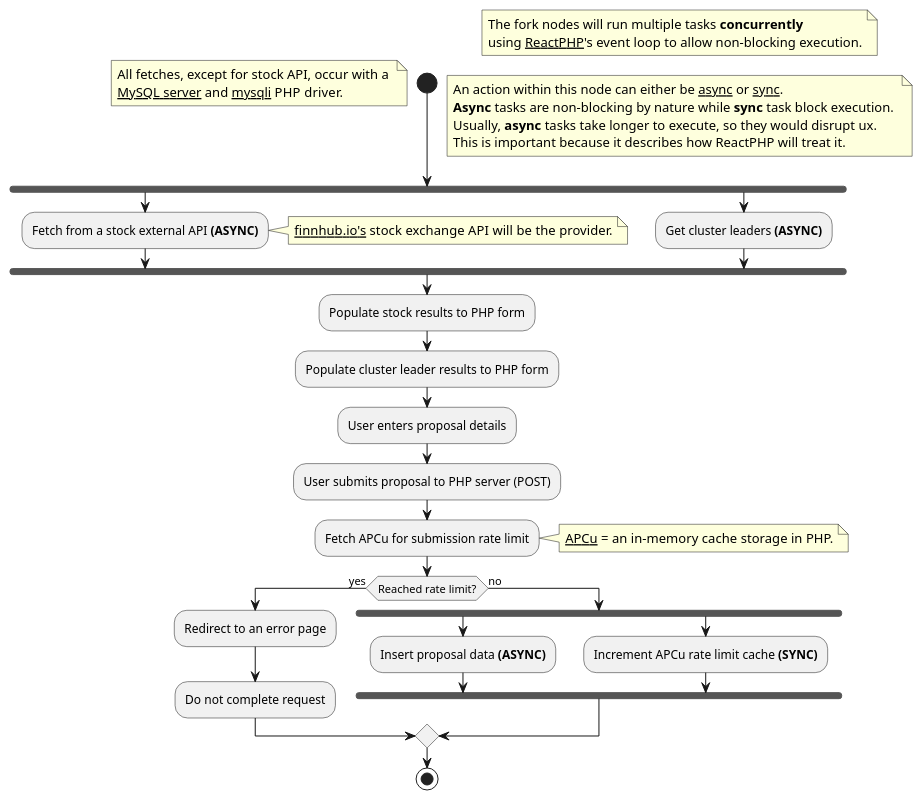
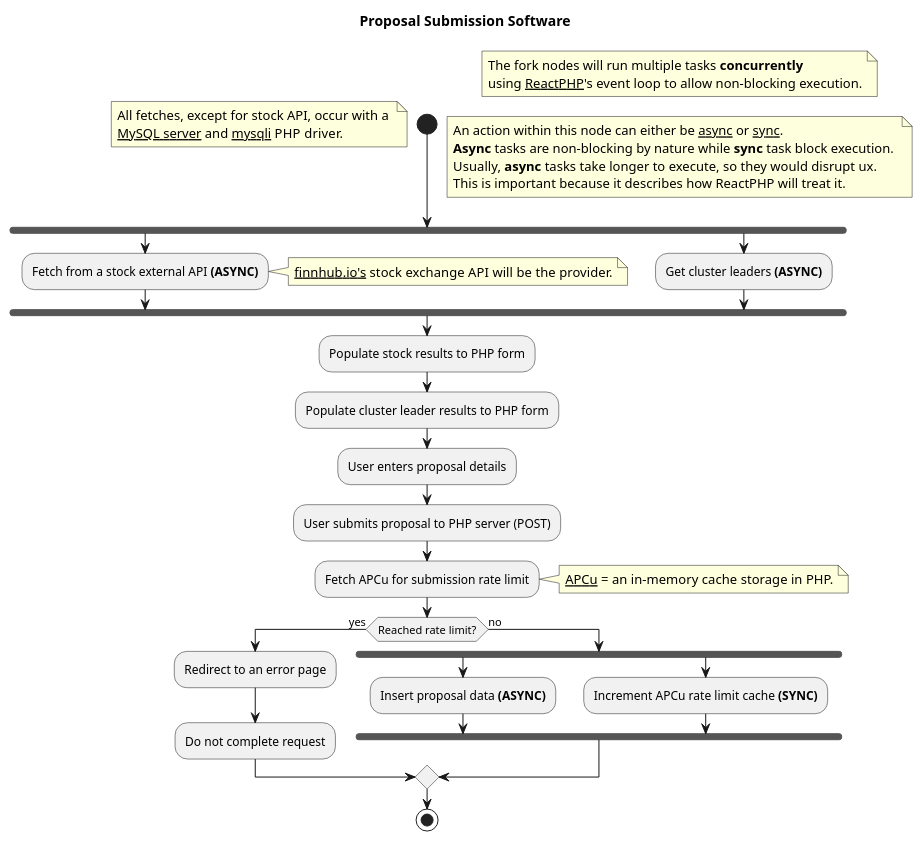
Before and after one commit to mystocks-africa/bycig-mkt: the diagram in software-design/Architecture.md, drawn with PlantUML. The commit also changed other lines of this file, not shown here.

Commit message:
add title

````diff
--- a/software-design/Architecture.md
+++ b/software-design/Architecture.md
@@ -11,53 +11,55 @@
 ```plantuml
 @startuml
+
+title Proposal Submission Software
 
 start
 note left
   All fetches, except for stock API, occur with a 
   <u>MySQL server</u> and <u>mysqli</u> PHP driver.
 end note
 
 note right
   The fork nodes will run multiple tasks <b>concurrently</b>
   using <u>ReactPHP</u>'s event loop to allow non-blocking execution.
 end note
 
 note right
     An action within this node can either be <u>async</u> or <u>sync</u>.
     <b>Async</b> tasks are non-blocking by nature while <b>sync</b> task block execution. 
     Usually, <b>async</b> tasks take longer to execute, so they would disrupt ux. 
     This is important because it describes how ReactPHP will treat it.
 end note
 
 fork
     :Fetch from a stock external API <b>(ASYNC)</b>;
     note right
         <u>finnhub.io's</u> stock exchange API will be the provider.
     end note
 fork again
     :Get cluster leaders <b>(ASYNC)</b>;
 end fork
 
 :Populate stock results to PHP form;
 :Populate cluster leader results to PHP form;
 :User enters proposal details;
 :User submits proposal to PHP server (POST);
 :Fetch APCu for submission rate limit;
 
 note right
   <u>APCu</u> = an in-memory cache storage in PHP.
 end note
 
 if (Reached rate limit?) then (yes)
     :Redirect to an error page;
     :Do not complete request;
 else (no)
     fork
         :Insert proposal data <b>(ASYNC)</b>;
     fork again
         :Increment APCu rate limit cache <b>(SYNC)</b>;
     end fork
 endif
 stop
 @enduml
 ```
````
